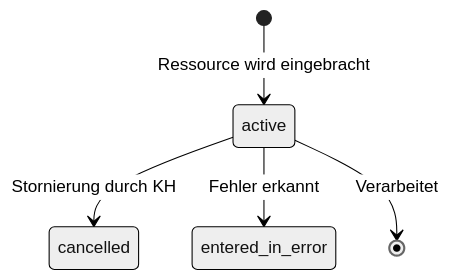
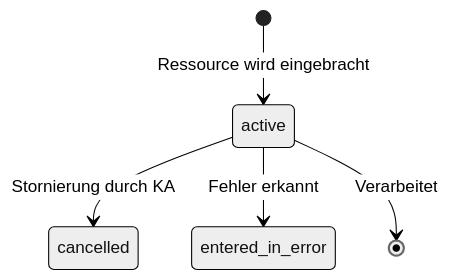
The third of 3 diagrams in input/pagecontent/workflowmanagement.md (HL7Austria/ELGA-MOPED-R5), drawn with Mermaid (neutral theme) before and after one commit. The commit also changed 184 other files, not shown here.

```diff
--- a/input/pagecontent/workflowmanagement.md
+++ b/input/pagecontent/workflowmanagement.md
@@ -33,8 +33,8 @@
 <pre class="mermaid">
     stateDiagram-v2
     [*] --> active : Ressource wird eingebracht
 
-    active --> cancelled : Stornierung durch KH
+    active --> cancelled : Stornierung durch KA
     active --> entered_in_error : Fehler erkannt
     active --> [*] : Verarbeitet
 </pre>
```
